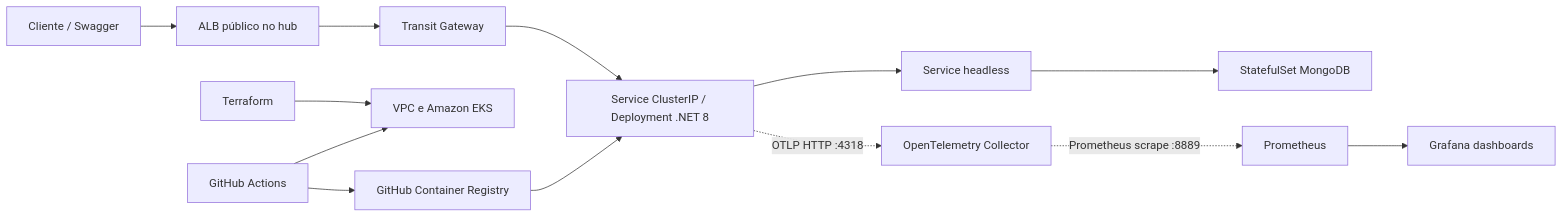
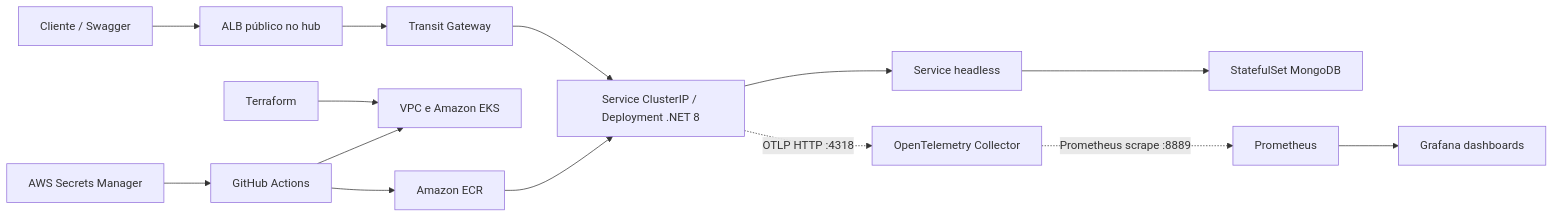
Before and after one commit to patrickpk4/projeto-cadastro-com-pipeline: the diagram in readme.md, drawn with Mermaid. The commit also changed other lines of this file and 23 other files, not shown here.

````diff
--- a/readme.md
+++ b/readme.md
@@ -53,17 +53,18 @@
 ```mermaid
 flowchart LR
     Client[Cliente / Swagger] --> ALB[ALB público no hub]
     ALB --> TGW[Transit Gateway]
     TGW --> API[Service ClusterIP / Deployment .NET 8]
     API --> DB[Service headless]
     DB --> Mongo[StatefulSet MongoDB]
 
     API -. OTLP HTTP :4318 .-> Collector[OpenTelemetry Collector]
     Collector -. Prometheus scrape :8889 .-> Prom[Prometheus]
     Prom --> Grafana[Grafana dashboards]
 
     Terraform[Terraform] --> AWS[VPC e Amazon EKS]
-    Actions[GitHub Actions] --> GHCR[GitHub Container Registry]
-    GHCR --> API
+    Actions[GitHub Actions] --> ECR[Amazon ECR]
+    ECR --> API
+    Secrets[AWS Secrets Manager] --> Actions
     Actions --> AWS
 ```
````
